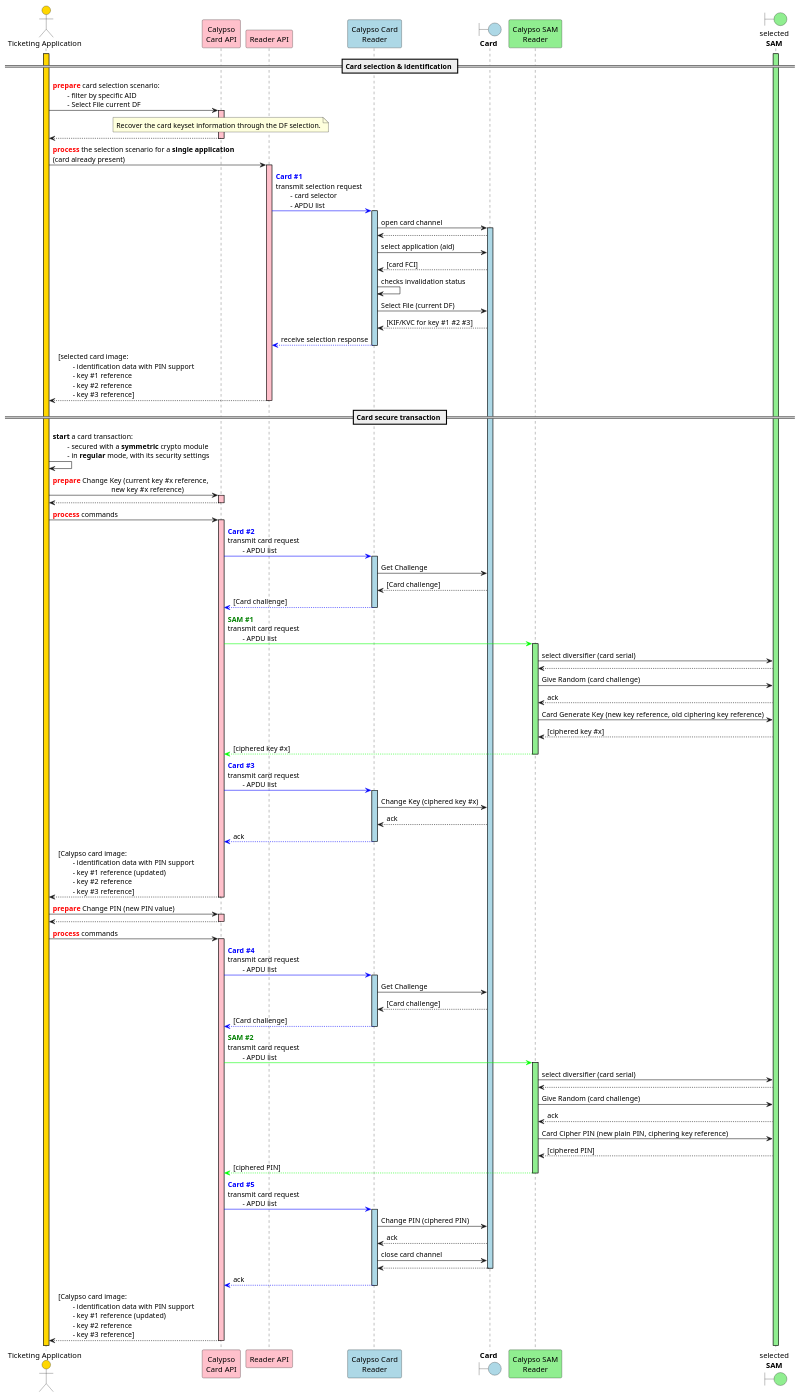
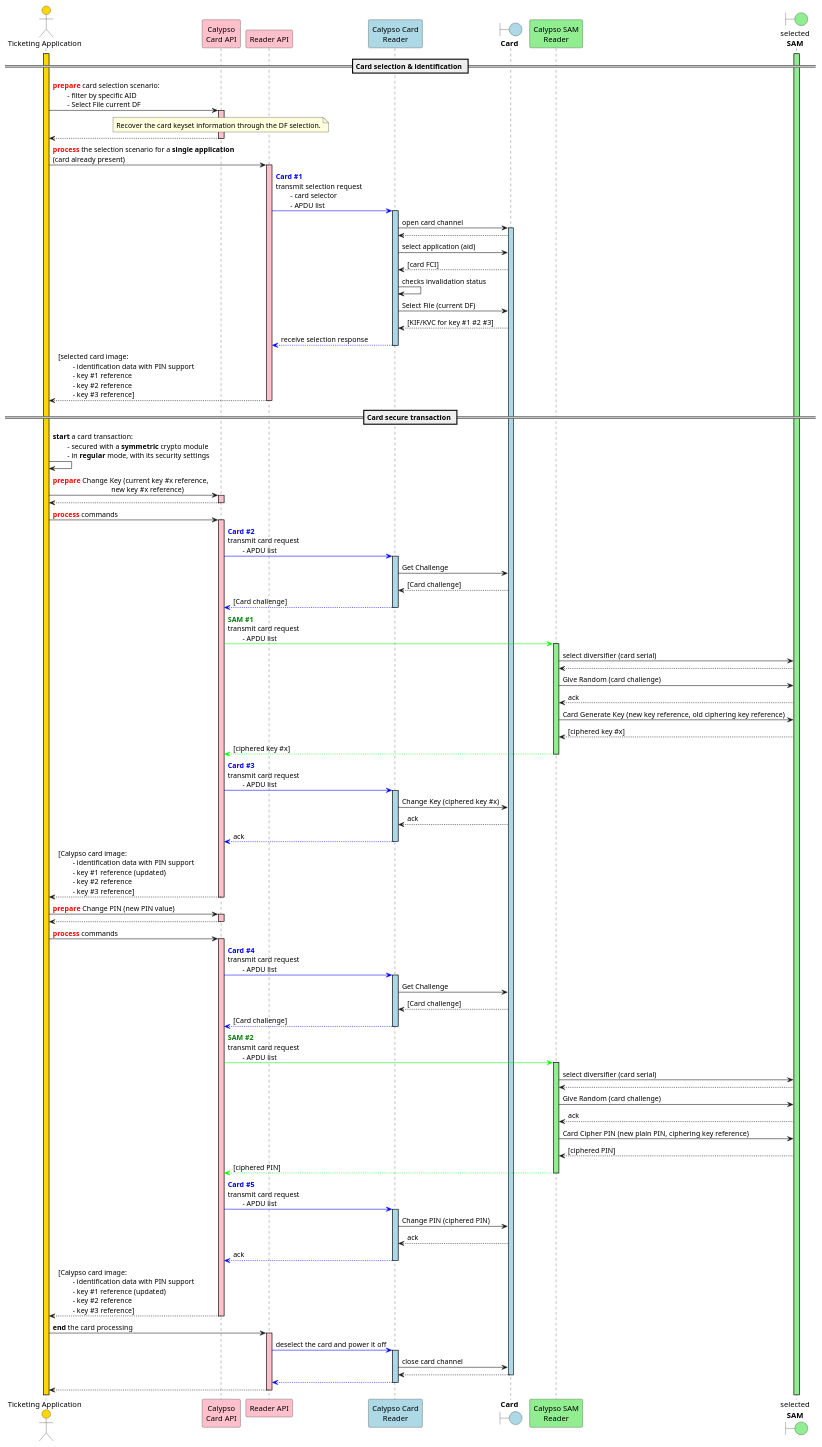
One commit to calypsonet/calypsonet-terminal-api-website changed the diagram in static/media/specifications/calypso_transaction_Change_Key_Ciphered_PIN_sequence_diagram.puml. Above: the diagram before and after it, drawn with PlantUML. The commit also changed 26 other files, not shown here.

Commit message:
fix: update sequence diagrams to include card processing termination steps

```diff
--- a/static/media/specifications/calypso_transaction_Change_Key_Ciphered_PIN_sequence_diagram.puml
+++ b/static/media/specifications/calypso_transaction_Change_Key_Ciphered_PIN_sequence_diagram.puml
@@ -1,189 +1,199 @@
 @startuml
 
 'skinparam ClassBorderColor #F1C40F
 skinparam ClassBorderColor #D4AC0D
 skinparam stereotypeABorderColor #A9DCDF
 skinparam stereotypeIBorderColor #B4A7E5
 skinparam stereotypeCBorderColor #ADD1B2
 skinparam stereotypeEBorderColor #EB93DF
 skinparam shadowing false
 
 skinparam StateBorderColor #D4AC0D
 skinparam ActivityBorderColor #D4AC0D
 
 ' Red
 skinparam ClassBackgroundColor<<red>> #FDEDEC
 skinparam ClassBorderColor<<red>> #E74C3C
 hide <<red>> stereotype
 ' Purple
 skinparam ClassBackgroundColor<<purple>> #F4ECF7
 skinparam ClassBorderColor<<purple>> #8E44AD
 hide <<purple>> stereotype
 ' blue
 skinparam ClassBackgroundColor<<blue>> #EBF5FB
 skinparam ClassBorderColor<<blue>> #3498DB
 hide <<blue>> stereotype
 ' Green
 skinparam ClassBackgroundColor<<green>> #EAFAF1
 skinparam ClassBorderColor<<green>> #2ECC71
 hide <<green>> stereotype
 
 ' Orange
 skinparam ClassBackgroundColor<<orange>> #FDF2E9
 skinparam ClassBorderColor<<orange>> #E67E22
 hide <<orange>> stereotype
 
 ' Grey
 skinparam ClassBackgroundColor<<grey>> #EAECEE
 skinparam ClassBorderColor<<grey>> #2C3E50
 hide <<grey>> stereotype
 
 actor "Ticketing Application" as app #gold
 participant "Calypso\nCard API" as capi #pink
 participant "Reader API" as rapi #pink
 participant "Calypso Card\nReader" as cardReader #lightBlue
 boundary "**Card**" as card #lightBlue
 participant "Calypso SAM\nReader" as samReader #lightGreen
 boundary "selected\n**SAM**" as sam #lightGreen
 
 activate app #gold
 activate sam #lightGreen
 
 == Card selection & identification ==
 
 app->capi: <font color=red>**prepare**</font> card selection scenario:\n\t- filter by specific AID\n\t- Select File current DF
 activate capi  #pink
 note over capi
     Recover the card keyset information through the DF selection.
 end note
 
 capi-->app
 deactivate capi
 
 app->rapi: <font color=red>**process**</font> the selection scenario for a **single application**\n(card already present)
 activate rapi  #pink
 rapi-[#0000FF]>cardReader: <font color=blue>**Card #1**</font>\ntransmit selection request\n\t- card selector\n\t- APDU list
 activate cardReader #lightBlue
 
 cardReader->card: open card channel
 activate card #lightBlue
 card-->cardReader
 cardReader->card: select application (aid)
 card-->cardReader: [card FCI]
 cardReader->cardReader: checks invalidation status
 
 'group Card APDU commands outside secure session
     cardReader->card: Select File (current DF)
     card-->cardReader: [KIF/KVC for key #1 #2 #3]
 'end
 
 cardReader--[#0000FF]>rapi: receive selection response
 deactivate cardReader
 
 rapi-->app: [selected card image:\n\t- identification data with PIN support\n\t- key #1 reference\n\t- key #2 reference\n\t- key #3 reference]
 deactivate rapi
 
 == Card secure transaction ==
 
 app->app: **start** a card transaction:\n\t- secured with a **symmetric** crypto module\n\t- in **regular** mode, with its security settings
 
 
 app->capi: <font color=red>**prepare**</font> Change Key (current key #x reference,\n\t\t\t\tnew key #x reference)
 activate capi  #pink
 capi-->app
 deactivate capi
 
 app->capi: <font color=red>**process**</font> commands
 activate capi  #pink
 
 capi-[#0000FF]>cardReader: <font color=blue>**Card #2**</font>\ntransmit card request\n\t- APDU list
 activate cardReader #lightBlue
 
 'group Card APDU commands inside session
     cardReader->card: Get Challenge
     card-->cardReader: [Card challenge]
 'end
 
 cardReader--[#0000FF]>capi: [Card challenge]
 deactivate cardReader
 
 capi-[#00FF00]>samReader: <font color=green>**SAM #1**</font>\ntransmit card request\n\t- APDU list
 activate samReader #lightGreen
 
 samReader->sam: select diversifier (card serial)
 sam-->samReader
 samReader->sam: Give Random (card challenge)
 sam-->samReader: ack
 samReader->sam: Card Generate Key (new key reference, old ciphering key reference)
 sam-->samReader: [ciphered key #x]
 
 samReader-[#00FF00]->capi: [ciphered key #x]
 deactivate samReader
 
 capi-[#0000FF]>cardReader: <font color=blue>**Card #3**</font>\ntransmit card request\n\t- APDU list
 activate cardReader #lightBlue
 
 'group Card APDU commands inside session
     cardReader->card: Change Key (ciphered key #x)
     card-->cardReader: ack
 'end
 
 
 cardReader-[#0000FF]->capi: ack
 deactivate cardReader
 
 capi-->app: [Calypso card image:\n\t- identification data with PIN support\n\t- key #1 reference (updated)\n\t- key #2 reference\n\t- key #3 reference]
 deactivate capi
 
 app->capi: <font color=red>**prepare**</font> Change PIN (new PIN value)
 activate capi  #pink
 capi-->app
 deactivate capi
 
 app->capi: <font color=red>**process**</font> commands
 activate capi  #pink
 
 capi-[#0000FF]>cardReader: <font color=blue>**Card #4**</font>\ntransmit card request\n\t- APDU list
 activate cardReader #lightBlue
 
 'group Card APDU commands inside session
     cardReader->card: Get Challenge
     card-->cardReader: [Card challenge]
 'end
 
 cardReader--[#0000FF]>capi: [Card challenge]
 deactivate cardReader
 
 capi-[#00FF00]>samReader: <font color=green>**SAM #2**</font>\ntransmit card request\n\t- APDU list
 activate samReader #lightGreen
 
 samReader->sam: select diversifier (card serial)
 sam-->samReader
 samReader->sam: Give Random (card challenge)
 sam-->samReader: ack
 samReader->sam: Card Cipher PIN (new plain PIN, ciphering key reference)
 sam-->samReader: [ciphered PIN]
 
 samReader-[#00FF00]->capi: [ciphered PIN]
 deactivate samReader
 
 capi-[#0000FF]>cardReader: <font color=blue>**Card #5**</font>\ntransmit card request\n\t- APDU list
 activate cardReader #lightBlue
 
 'group Card APDU commands inside session
     cardReader->card: Change PIN (ciphered PIN)
     card-->cardReader: ack
 'end
 
-cardReader->card: close card channel
-card-->cardReader
-deactivate card
 
 cardReader-[#0000FF]->capi: ack
 deactivate cardReader
 
 capi-->app: [Calypso card image:\n\t- identification data with PIN support\n\t- key #1 reference (updated)\n\t- key #2 reference\n\t- key #3 reference]
 deactivate capi
 
 deactivate capi
+
+app->rapi: **end** the card processing
+activate rapi  #pink
+rapi-[#0000FF]>cardReader: deselect the card and power it off
+activate cardReader #lightBlue
+cardReader->card: close card channel
+card-->cardReader
+deactivate card
+cardReader--[#0000FF]>rapi
+deactivate cardReader
+rapi-->app
+deactivate rapi
+
 @enduml
```
